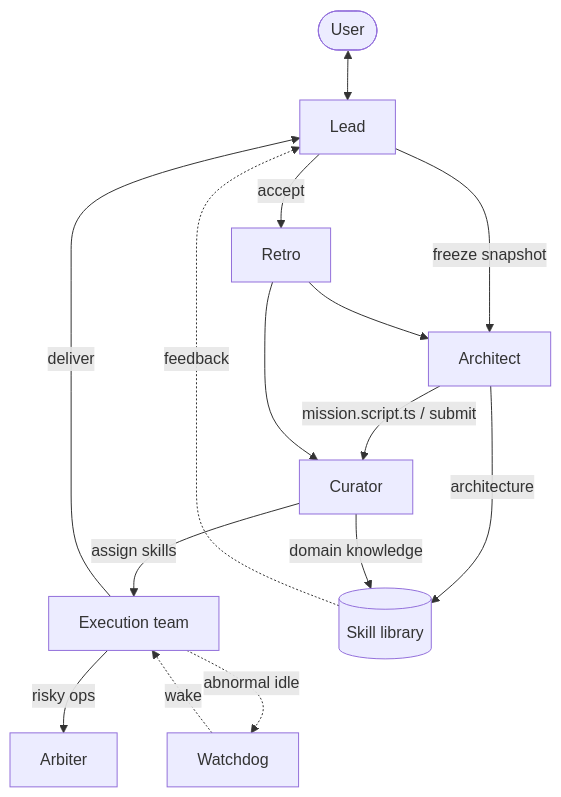
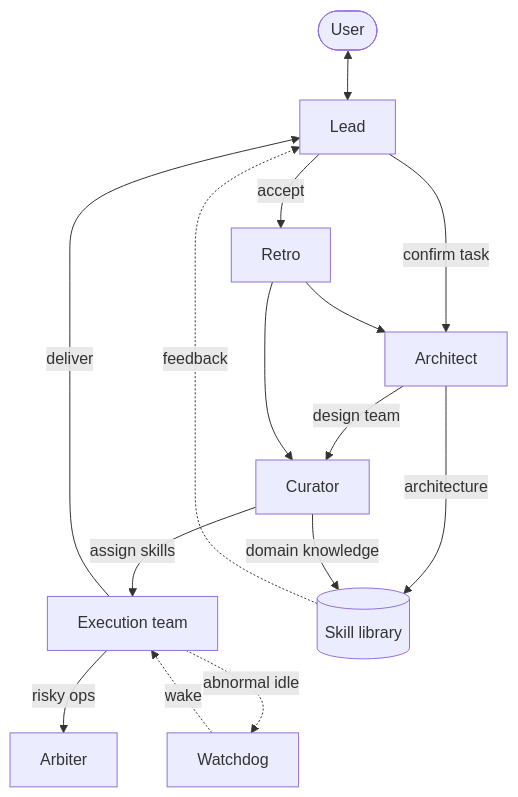
Before and after one commit to doee-hc/gatehouse: the diagram in README.md, drawn with Mermaid. The commit also changed other lines of this file and 5 other files, not shown here.

````diff
--- a/README.md
+++ b/README.md
@@ -61,17 +52,17 @@
 ```mermaid
 flowchart TB
   User([User]) <--> Lead
-  Lead -->|freeze snapshot| Architect
-  Architect -->|mission.script.ts / submit| Curator
+  Lead -->|confirm task| Architect
+  Architect -->|design team| Curator
   Curator -->|assign skills| ExecTeam[Execution team]
   ExecTeam -->|risky ops| Arbiter
   ExecTeam -.->|abnormal idle| Watchdog
   Watchdog -.->|wake| ExecTeam
   ExecTeam -->|deliver| Lead
   Lead -->|accept| Retro[Retro]
   Retro --> Architect
   Retro --> Curator
   Architect -->|architecture| Skills[(Skill library)]
   Curator -->|domain knowledge| Skills
   Skills -.->|feedback| Lead
 ```
````
